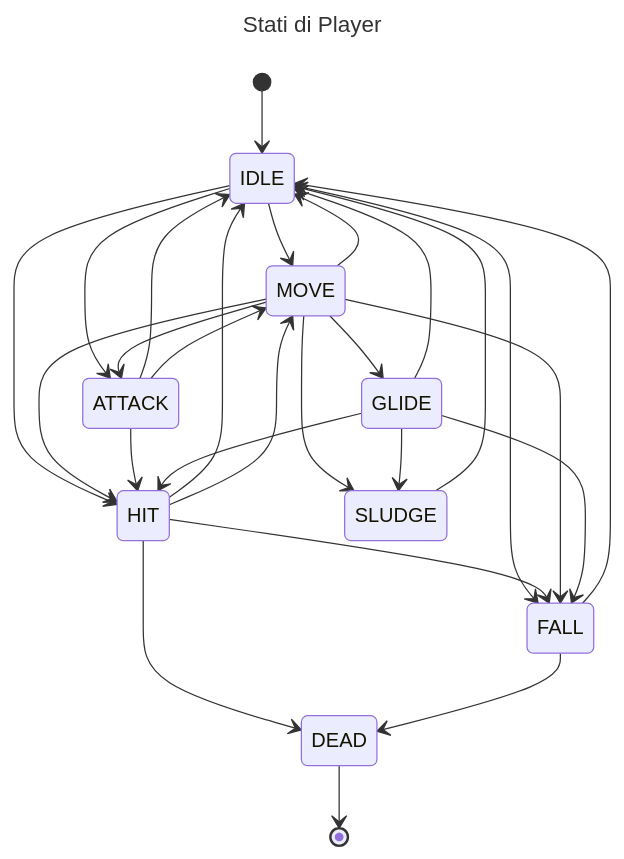
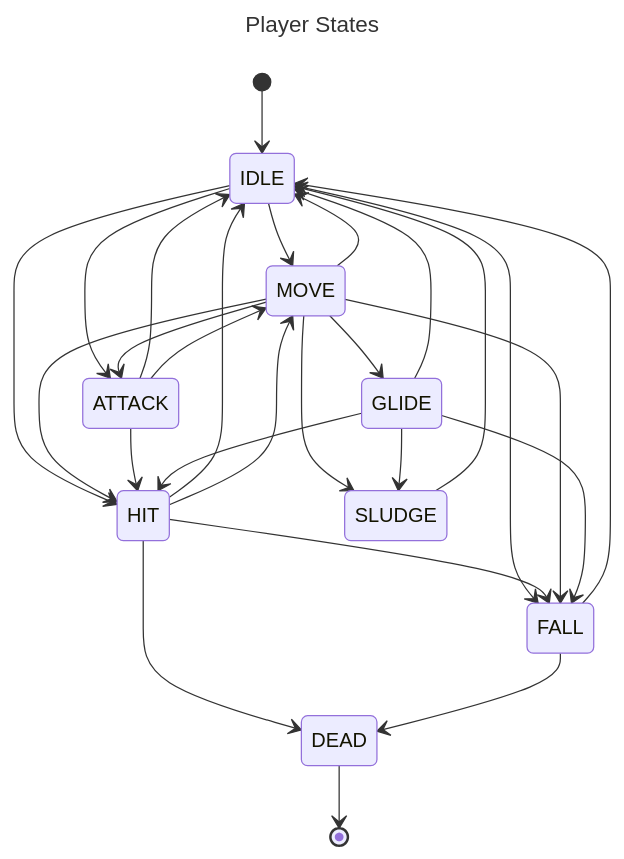
Before and after one commit to bytestrick/chevy: the second of 4 diagrams in README.md, drawn with Mermaid. The commit also changed other lines of this file and 143 other files, not shown here.

````diff
--- a/README.md
+++ b/README.md
@@ -93,32 +90,32 @@
 ```mermaid
 ---
-title: Stati di Player
+title: Player States
 ---
 stateDiagram-v2
     [*] --> IDLE
     IDLE --> MOVE
     IDLE --> ATTACK
     IDLE --> HIT
     IDLE --> FALL
     HIT --> IDLE
     HIT --> DEAD
     HIT --> MOVE
     HIT --> FALL
     MOVE --> GLIDE
     MOVE --> HIT
     MOVE --> FALL
     MOVE --> SLUDGE
     MOVE --> IDLE
     MOVE --> ATTACK
     ATTACK --> IDLE
     ATTACK --> MOVE
     ATTACK --> HIT
     GLIDE --> IDLE
     GLIDE --> FALL
     GLIDE --> HIT
     GLIDE --> SLUDGE
     SLUDGE --> IDLE
     FALL --> IDLE
     FALL --> DEAD
     DEAD --> [*]
 ```
````
